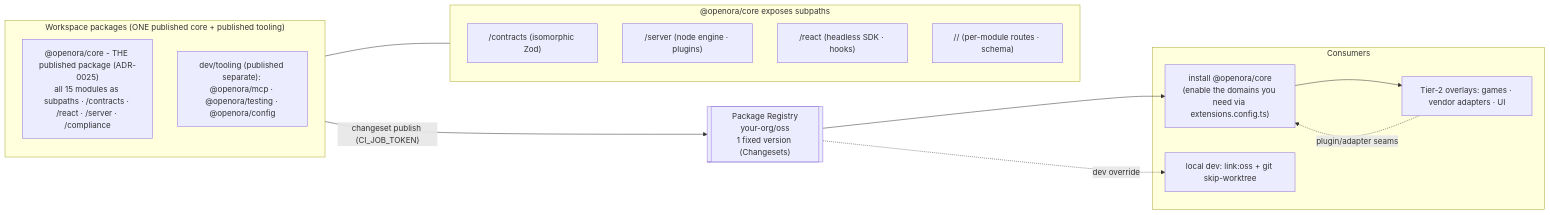
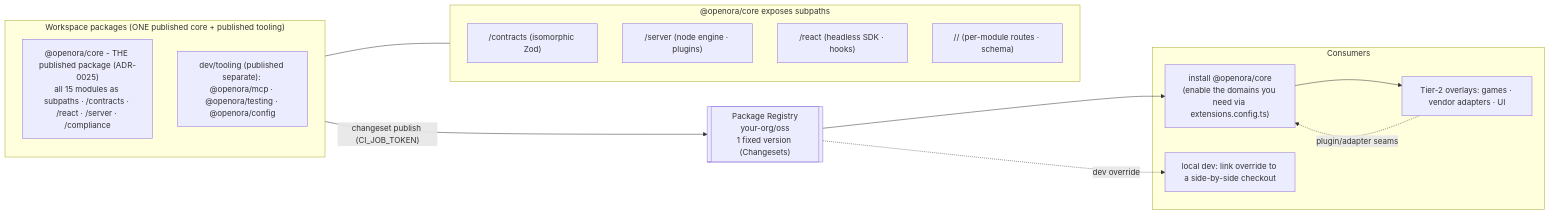
Before and after one commit to blurifycom/openora: the second of 5 diagrams in docs/system-design.md, drawn with Mermaid. The commit also changed 65 other files, not shown here.

````diff
--- a/docs/system-design.md
+++ b/docs/system-design.md
@@ -194,28 +194,28 @@
 ```mermaid
 flowchart LR
   subgraph SRC["Workspace packages (ONE published core + published tooling)"]
     direction TB
     CORE["@openora/core - THE published package (ADR-0025)<br/>all 15 modules as subpaths · /contracts · /react · /server · /compliance"]
     DEV["dev/tooling (published separate): @openora/mcp · @openora/testing · @openora/config"]
   end
   REG[["Package Registry<br/>your-org/oss<br/>1 fixed version (Changesets)"]]
   subgraph CONS["Consumers"]
     INST["install @openora/core<br/>(enable the domains you need via extensions.config.ts)"]
-    BFLINK["local dev: link:oss + git skip-worktree"]
+    LINK["local dev: link override to a side-by-side checkout"]
     T2X["Tier-2 overlays: games · vendor adapters · UI"]
   end
 
   CORE -->|"changeset publish (CI_JOB_TOKEN)"| REG
   REG --> INST
-  REG -. dev override .-> BFLINK
+  REG -. dev override .-> LINK
   INST --> T2X
   T2X -.->|"plugin/adapter seams"| INST
 
   subgraph EXPORTS["@openora/core exposes subpaths"]
     E0["/contracts (isomorphic Zod)"]
     E1["/server (node engine · plugins)"]
     E2["/react (headless SDK · hooks)"]
     E3["/<domain>/<module> (per-module routes · schema)"]
   end
   CORE --- EXPORTS
 ```
````
